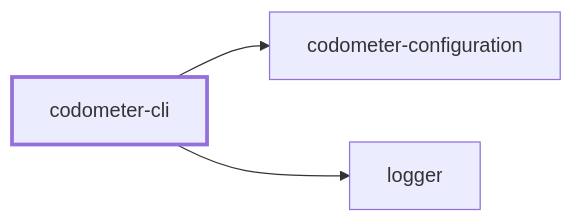
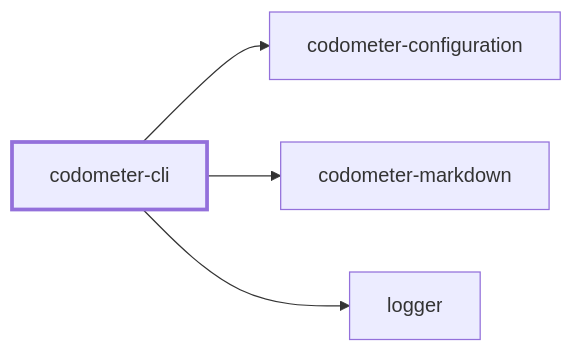
One commit to JimmyPaolini/codebase changed the first of 2 diagrams in packages/codometer-cli/README.md. Above: the diagram before and after it, drawn with Mermaid. The commit also changed other lines of this file and 6 other files, not shown here.

Commit message:
refactor(codometer): ♻️ render readme badges through codometer-markdown

````diff
--- a/packages/codometer-cli/README.md
+++ b/packages/codometer-cli/README.md
@@ -431,10 +431,12 @@
 ```mermaid
 flowchart LR
   codometer_cli["codometer-cli"]
   codometer_configuration["codometer-configuration"]
+  codometer_markdown["codometer-markdown"]
   logger["logger"]
   codometer_cli --> codometer_configuration
+  codometer_cli --> codometer_markdown
   codometer_cli --> logger
   classDef subject stroke-width:3px
   class codometer_cli subject
 ```
````
